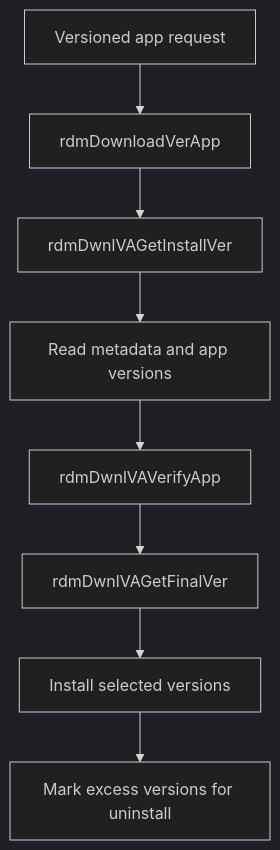
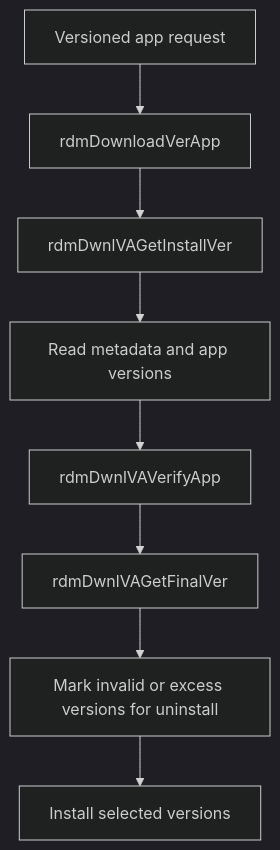
Before and after one commit to rdkcentral/rdm-agent: the diagram in openspec/specs/versioned-app-management/spec.md, drawn with Mermaid (dark theme). The commit also changed other lines of this file and 11 other files, not shown here.

````diff
--- a/openspec/specs/versioned-app-management/spec.md
+++ b/openspec/specs/versioned-app-management/spec.md
@@ -44,10 +41,10 @@
 ```mermaid
 flowchart TD
     A[Versioned app request] --> B[rdmDownloadVerApp]
     B --> C[rdmDwnlVAGetInstallVer]
     C --> D[Read metadata and app versions]
     D --> E[rdmDwnlVAVerifyApp]
     E --> F[rdmDwnlVAGetFinalVer]
-    F --> G[Install selected versions]
-    G --> H[Mark excess versions for uninstall]
+    F --> G[Mark invalid or excess versions for uninstall]
+    G --> H[Install selected versions]
 ```
````
